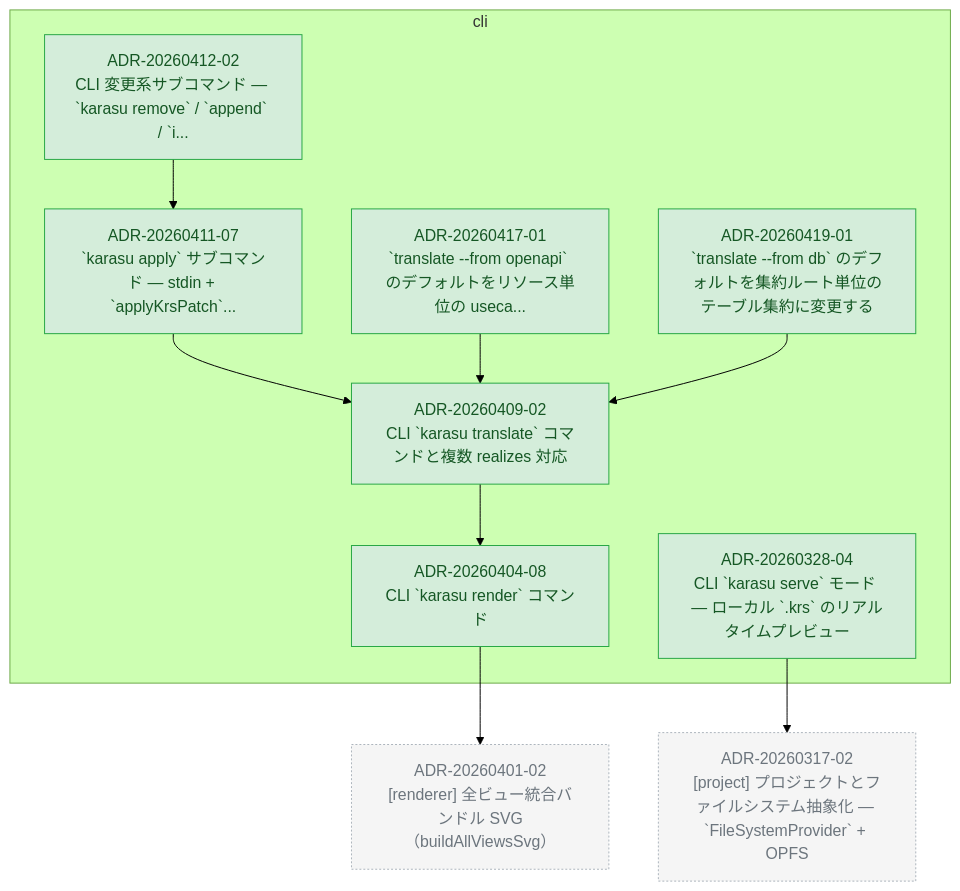
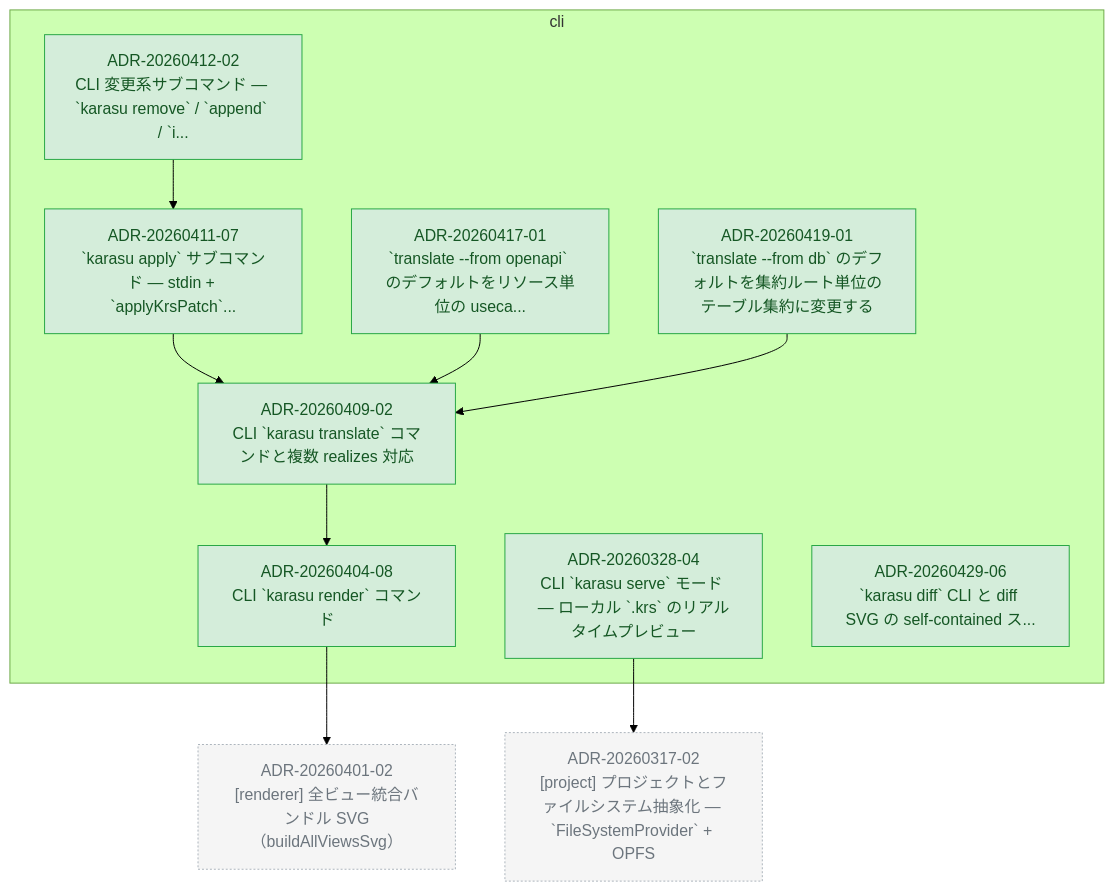
Before and after one commit to kompiro/karasu: the diagram in docs/adr/graph/cli.md, drawn with Mermaid (forest theme). The commit also changed other lines of this file and 5 other files, not shown here.

First line of the commit message:
docs(adr): promote karasu-diff-cli design doc to ADR-20260429-06

````diff
--- a/docs/adr/graph/cli.md
+++ b/docs/adr/graph/cli.md
@@ -6,37 +6,39 @@
 ```mermaid
 flowchart TD
   subgraph cli["cli"]
     ADR_20260328_04["ADR-20260328-04<br/>CLI `karasu serve` モード — ローカル `.krs` のリアルタイムプレビュー"]
     ADR_20260404_08["ADR-20260404-08<br/>CLI `karasu render` コマンド"]
     ADR_20260409_02["ADR-20260409-02<br/>CLI `karasu translate` コマンドと複数 realizes 対応"]
     ADR_20260411_07["ADR-20260411-07<br/>`karasu apply` サブコマンド — stdin + `applyKrsPatch`..."]
     ADR_20260412_02["ADR-20260412-02<br/>CLI 変更系サブコマンド — `karasu remove` / `append` / `i..."]
     ADR_20260417_01["ADR-20260417-01<br/>`translate --from openapi` のデフォルトをリソース単位の useca..."]
     ADR_20260419_01["ADR-20260419-01<br/>`translate --from db` のデフォルトを集約ルート単位のテーブル集約に変更する"]
+    ADR_20260429_06["ADR-20260429-06<br/>`karasu diff` CLI と diff SVG の self-contained ス..."]
   end
   ADR_20260317_02["ADR-20260317-02<br/>[project] プロジェクトとファイルシステム抽象化 — `FileSystemProvider` + OPFS"]
   ADR_20260401_02["ADR-20260401-02<br/>[renderer] 全ビュー統合バンドル SVG（buildAllViewsSvg）"]
   ADR_20260328_04 --> ADR_20260317_02
   ADR_20260404_08 --> ADR_20260401_02
   ADR_20260409_02 --> ADR_20260404_08
   ADR_20260411_07 --> ADR_20260409_02
   ADR_20260412_02 --> ADR_20260411_07
   ADR_20260417_01 --> ADR_20260409_02
   ADR_20260419_01 --> ADR_20260409_02
 
   classDef accepted fill:#d4edda,stroke:#28a745,color:#155724
   classDef proposed fill:#fff3cd,stroke:#ffc107,color:#856404
   classDef deprecated fill:#f8d7da,stroke:#dc3545,color:#721c24
   classDef superseded fill:#e2e3e5,stroke:#6c757d,color:#383d41
   classDef not_adopted fill:#e2e3e5,stroke:#6c757d,color:#383d41,stroke-dasharray:3 3
   classDef ghost fill:#f5f5f5,stroke:#adb5bd,color:#6c757d,stroke-dasharray:2 2
   class ADR_20260328_04 accepted
   class ADR_20260404_08 accepted
   class ADR_20260409_02 accepted
   class ADR_20260411_07 accepted
   class ADR_20260412_02 accepted
   class ADR_20260417_01 accepted
   class ADR_20260419_01 accepted
+  class ADR_20260429_06 accepted
   class ADR_20260317_02 ghost
   class ADR_20260401_02 ghost
 ```
````
